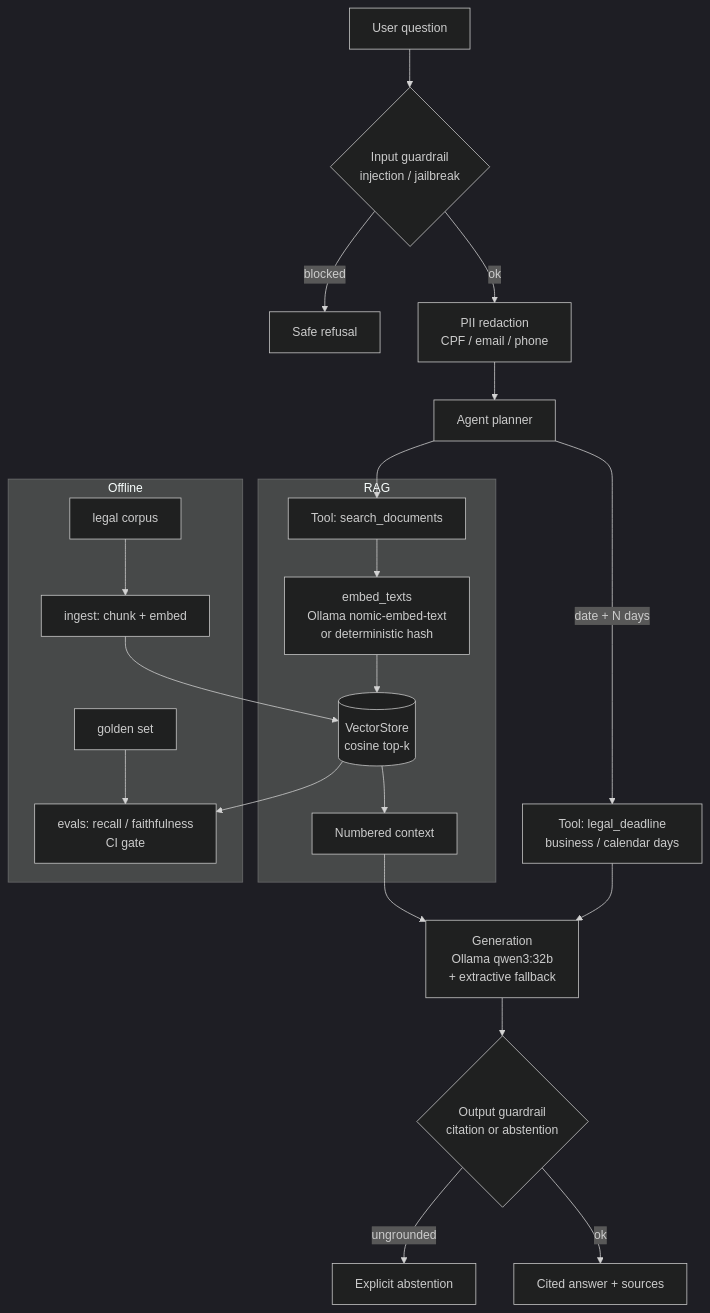
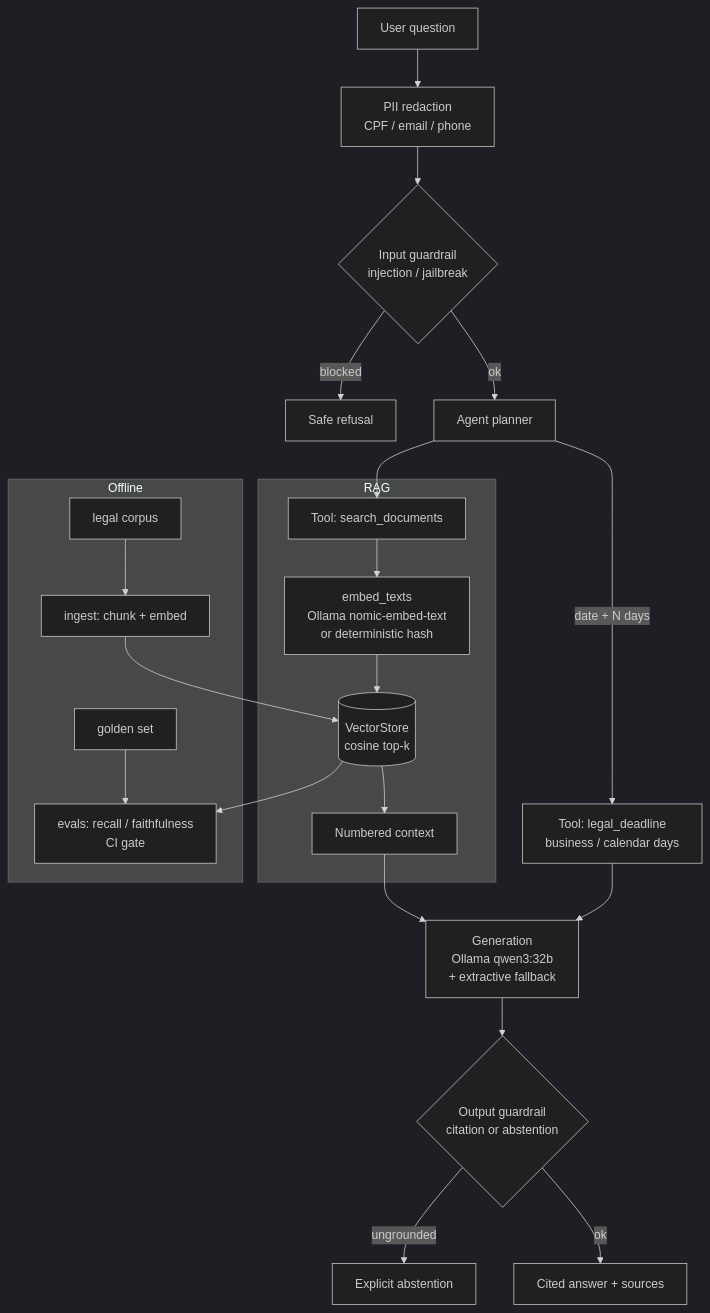
The diagram in README.md (Rodrigo-Palma/anchora), drawn with Mermaid (dark theme) before and after one commit. The commit also changed 9 other files, not shown here.

Commit message:
fix: redact PII in the agent so the CLI never sends it to the model

````diff
--- a/README.md
+++ b/README.md
@@ -83,29 +83,29 @@
 ```mermaid
 flowchart TD
-    Q[User question] --> G1{Input guardrail<br/>injection / jailbreak}
+    Q[User question] --> PII[PII redaction<br/>CPF / email / phone]
+    PII --> G1{Input guardrail<br/>injection / jailbreak}
     G1 -- blocked --> R[Safe refusal]
-    G1 -- ok --> PII[PII redaction<br/>CPF / email / phone]
-    PII --> PLAN[Agent planner]
+    G1 -- ok --> PLAN[Agent planner]
 
     PLAN -->|date + N days| T2[Tool: legal_deadline<br/>business / calendar days]
     PLAN --> T1[Tool: search_documents]
 
     subgraph RAG
         T1 --> EMB[embed_texts<br/>Ollama nomic-embed-text<br/>or deterministic hash]
         EMB --> VS[(VectorStore<br/>cosine top-k)]
         VS --> CTX[Numbered context]
     end
 
     CTX --> GEN[Generation<br/>Ollama qwen3:32b<br/>+ extractive fallback]
     T2 --> GEN
     GEN --> G2{Output guardrail<br/>citation or abstention}
     G2 -- ungrounded --> ABS[Explicit abstention]
     G2 -- ok --> A[Cited answer + sources]
 
     subgraph Offline
         CORP[legal corpus] --> ING[ingest: chunk + embed]
         ING --> VS
         GOLD[golden set] --> EVAL[evals: recall / faithfulness<br/>CI gate]
         VS --> EVAL
     end
 ```
````
